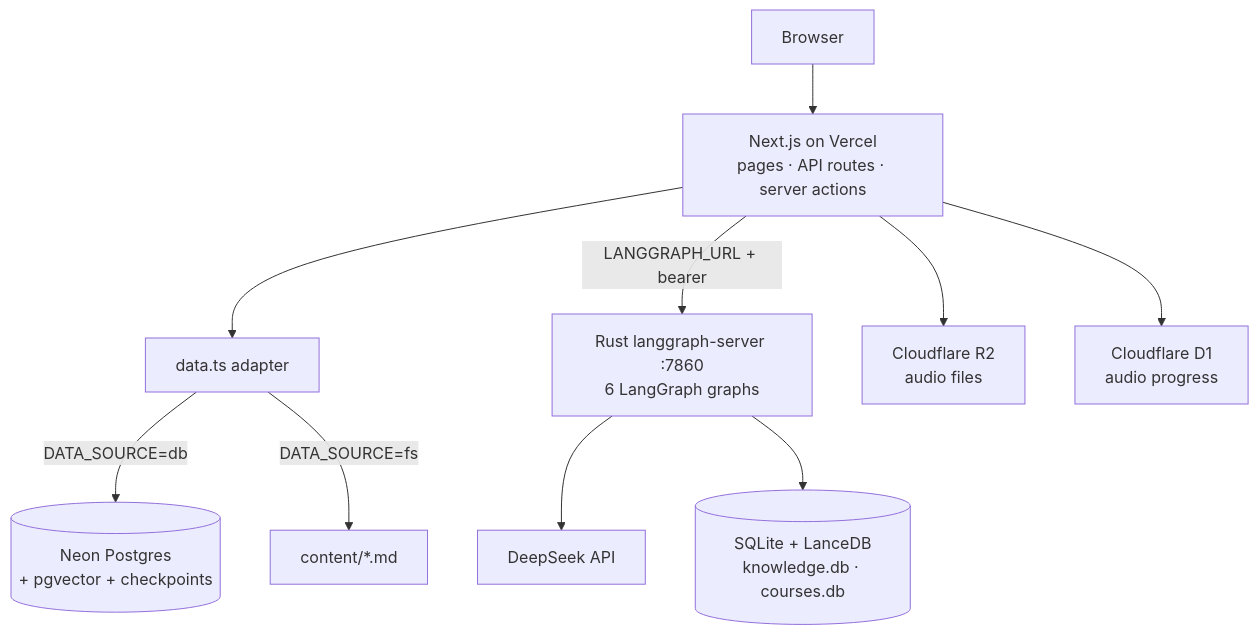
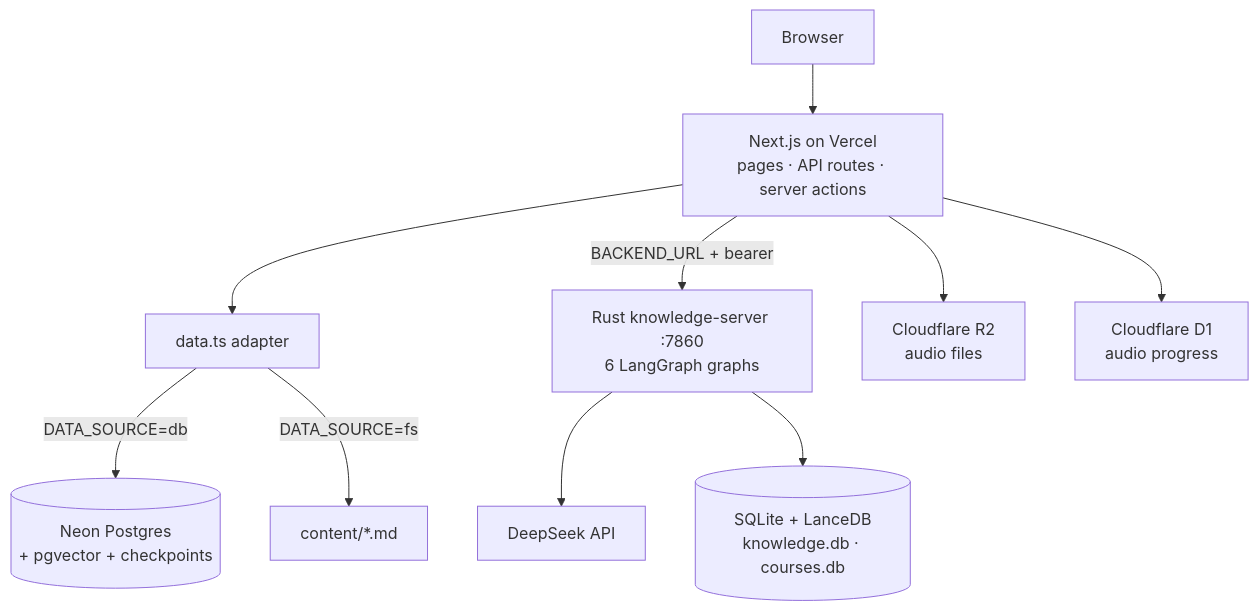
One commit to AshiteshSingh/ai-engineer-roadmap changed the diagram in README.md. Above: the diagram before and after it, drawn with Mermaid. The commit also changed other lines of this file and 4 other files, not shown here.

First line of the commit message:
chore(ai-engineer-roadmap): complete. Summary

````diff
--- a/README.md
+++ b/README.md
@@ -73,12 +73,12 @@
 ```mermaid
 graph TD
     Browser --> Next["Next.js on Vercel<br/>pages · API routes · server actions"]
     Next --> Adapter["data.ts adapter"]
     Adapter -->|"DATA_SOURCE=db"| DB[("Neon Postgres<br/>+ pgvector + checkpoints")]
     Adapter -->|"DATA_SOURCE=fs"| FS["content/*.md"]
-    Next -->|"LANGGRAPH_URL + bearer"| Rust["Rust langgraph-server :7860<br/>6 LangGraph graphs"]
+    Next -->|"BACKEND_URL + bearer"| Rust["Rust knowledge-server :7860<br/>6 LangGraph graphs"]
     Rust --> DeepSeek["DeepSeek API"]
     Rust --> SQLite[("SQLite + LanceDB<br/>knowledge.db · courses.db")]
     Next --> R2["Cloudflare R2<br/>audio files"]
     Next --> D1["Cloudflare D1<br/>audio progress"]
 ```
````
